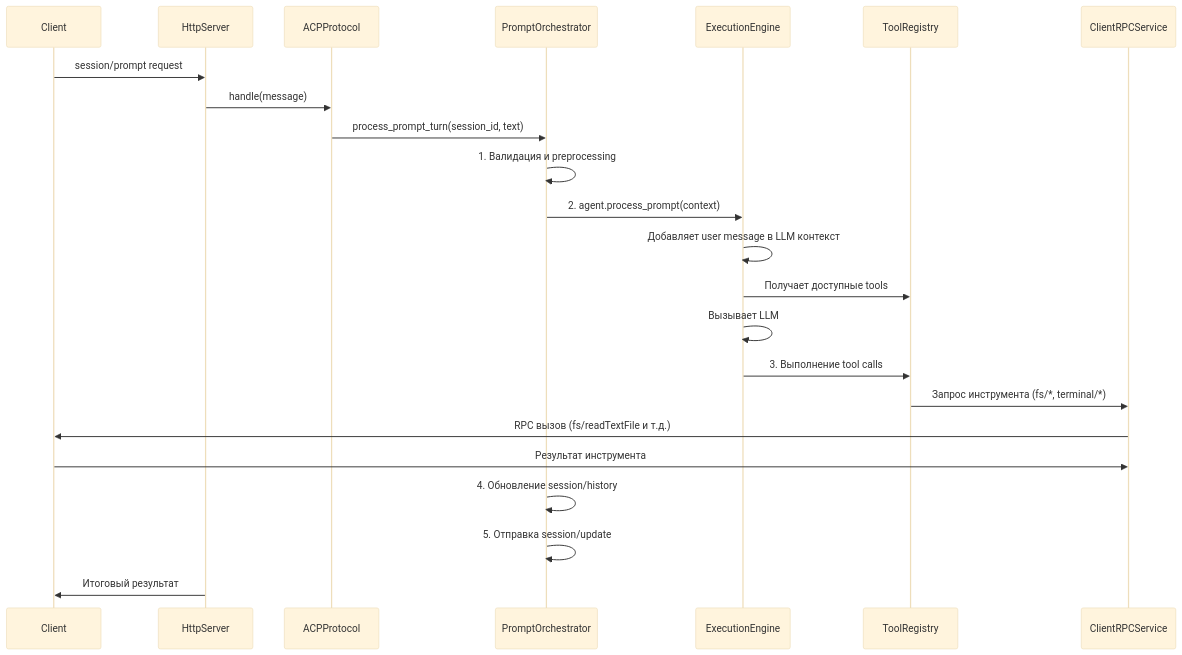
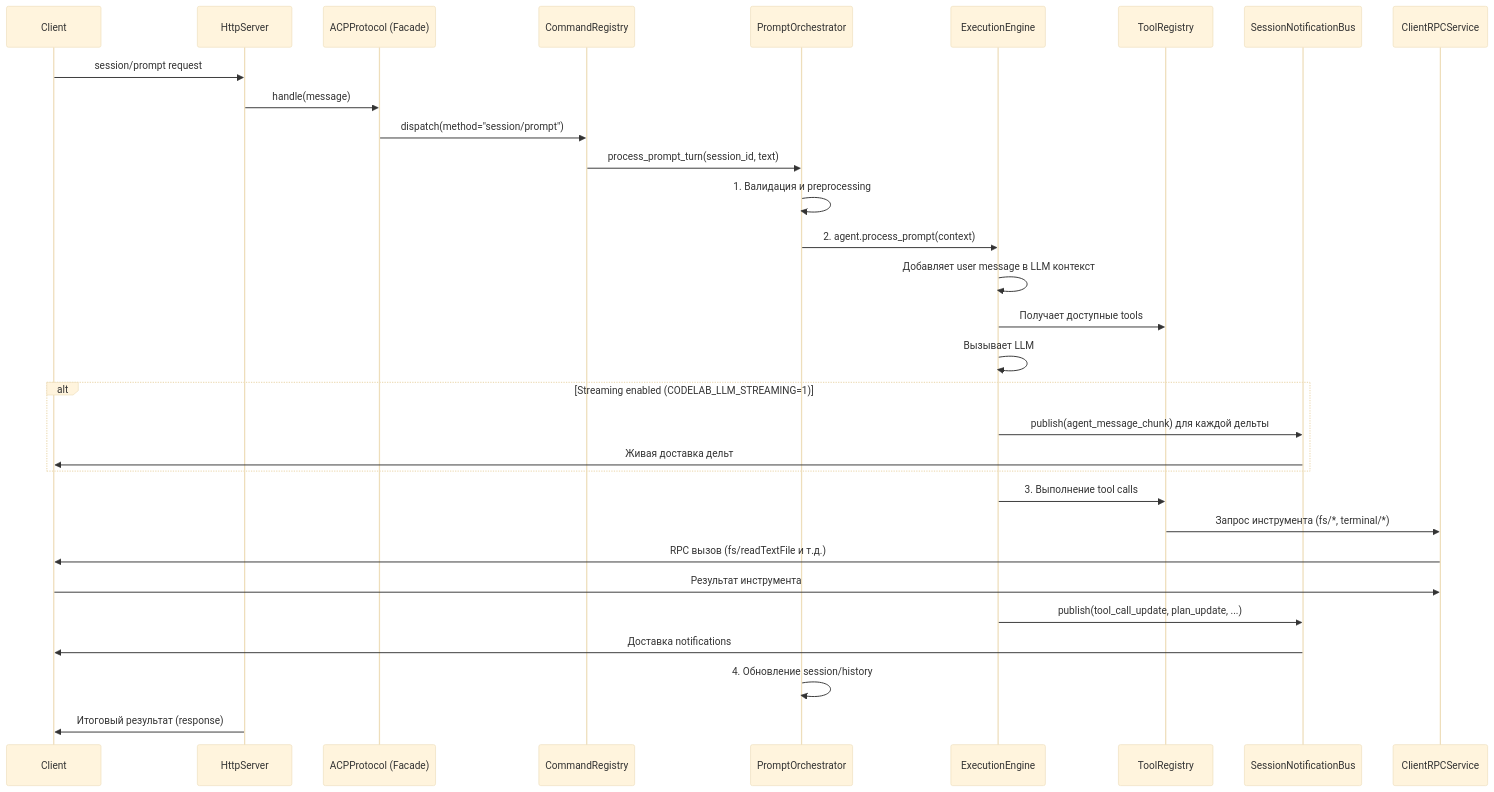
The seventh of 21 diagrams in doc/internals/architecture/ARCHITECTURE.md (pese-git/codelab-agent), drawn with Mermaid (base theme) before and after one commit. The commit also changed other lines of this file and 7 other files, not shown here.

````diff
--- a/doc/internals/architecture/ARCHITECTURE.md
+++ b/doc/internals/architecture/ARCHITECTURE.md
@@ -550,32 +588,42 @@
 ```mermaid
 sequenceDiagram
     participant Client
     participant HttpServer
-    participant ACPProtocol
+    participant ACP as ACPProtocol (Facade)
+    participant CmdReg as CommandRegistry
     participant PromptOrch as PromptOrchestrator
     participant Agent as ExecutionEngine
     participant Tools as ToolRegistry
+    participant NotifBus as SessionNotificationBus
     participant ClientRPC as ClientRPCService
 
     Client->>HttpServer: session/prompt request
-    HttpServer->>ACPProtocol: handle(message)
+    HttpServer->>ACP: handle(message)
     
-    ACPProtocol->>PromptOrch: process_prompt_turn(session_id, text)
+    ACP->>CmdReg: dispatch(method="session/prompt")
+    CmdReg->>PromptOrch: process_prompt_turn(session_id, text)
     
     PromptOrch->>PromptOrch: 1. Валидация и preprocessing
     
     PromptOrch->>Agent: 2. agent.process_prompt(context)
     Agent->>Agent: Добавляет user message в LLM контекст
     Agent->>Tools: Получает доступные tools
     Agent->>Agent: Вызывает LLM
     
+    alt Streaming enabled (CODELAB_LLM_STREAMING=1)
+        Agent->>NotifBus: publish(agent_message_chunk) для каждой дельты
+        NotifBus->>Client: Живая доставка дельт
+    end
+    
     Agent->>Tools: 3. Выполнение tool calls
     Tools->>ClientRPC: Запрос инструмента (fs/*, terminal/*)
     ClientRPC->>Client: RPC вызов (fs/readTextFile и т.д.)
     Client->>ClientRPC: Результат инструмента
     
+    Agent->>NotifBus: publish(tool_call_update, plan_update, ...)
+    NotifBus->>Client: Доставка notifications
+    
     PromptOrch->>PromptOrch: 4. Обновление session/history
-    PromptOrch->>PromptOrch: 5. Отправка session/update
     
-    HttpServer->>Client: Итоговый результат
+    HttpServer->>Client: Итоговый результат (response)
 ```
````
